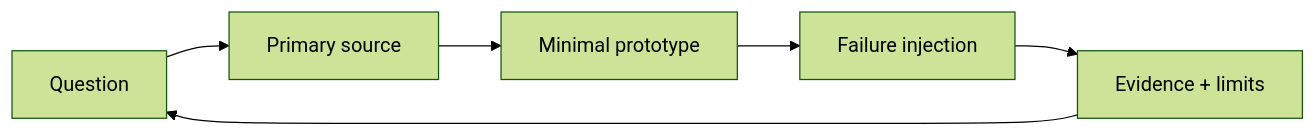
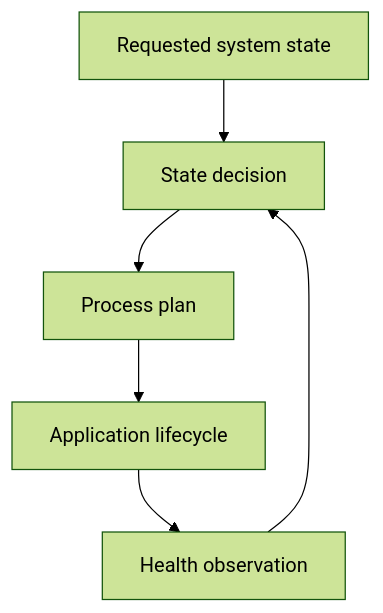
Before and after one commit to ThePo1es/adaptive-vehicle-platform-lab: the second of 2 diagrams in docs/learning-strategy.md, drawn with Mermaid (forest theme). The commit also changed other lines of this file and 33 other files, not shown here.

````diff
--- a/docs/learning-strategy.md
+++ b/docs/learning-strategy.md
@@ -84,8 +73,8 @@
 ```mermaid
-flowchart LR
-    Question["Question"] --> Source["Primary source"]
-    Source --> Prototype["Minimal prototype"]
-    Prototype --> Failure["Failure injection"]
-    Failure --> Evidence["Evidence + limits"]
-    Evidence --> Question
+flowchart TB
+    Request["Requested system state"] --> SM["State decision"]
+    SM --> EM["Process plan"]
+    EM --> App["Application lifecycle"]
+    App --> PHM["Health observation"]
+    PHM --> SM
 ```
````
